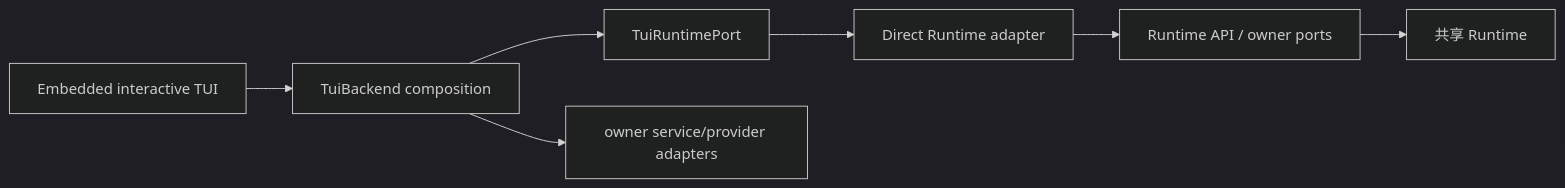
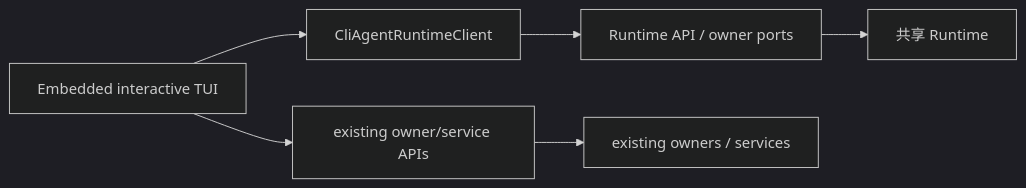
The eighth of 16 diagrams in docs/architecture/product-architecture.md (1688mengdie/BitFun), drawn with Mermaid (dark theme) before and after one commit. The commit also changed other lines of this file and 71 other files, not shown here.

Commit message:
refactor(cli): decouple TUI runtime from app server

````diff
--- a/docs/architecture/product-architecture.md
+++ b/docs/architecture/product-architecture.md
@@ -598,9 +600,8 @@
 ```mermaid
 flowchart LR
-  TUI["Embedded interactive TUI"] --> Composition["TuiBackend composition"]
-  Composition --> RuntimePort["TuiRuntimePort"]
-  RuntimePort --> DirectRuntime["Direct Runtime adapter"]
-  DirectRuntime --> API["Runtime API / owner ports"]
-  Composition --> Management["owner service/provider adapters"]
+  TUI["Embedded interactive TUI"] --> RuntimeClient["CliAgentRuntimeClient"]
+  RuntimeClient --> API["Runtime API / owner ports"]
+  TUI --> OwnerApis["existing owner/service APIs"]
+  OwnerApis --> Owners["existing owners / services"]
   API --> Runtime["共享 Runtime"]
 ```
````
